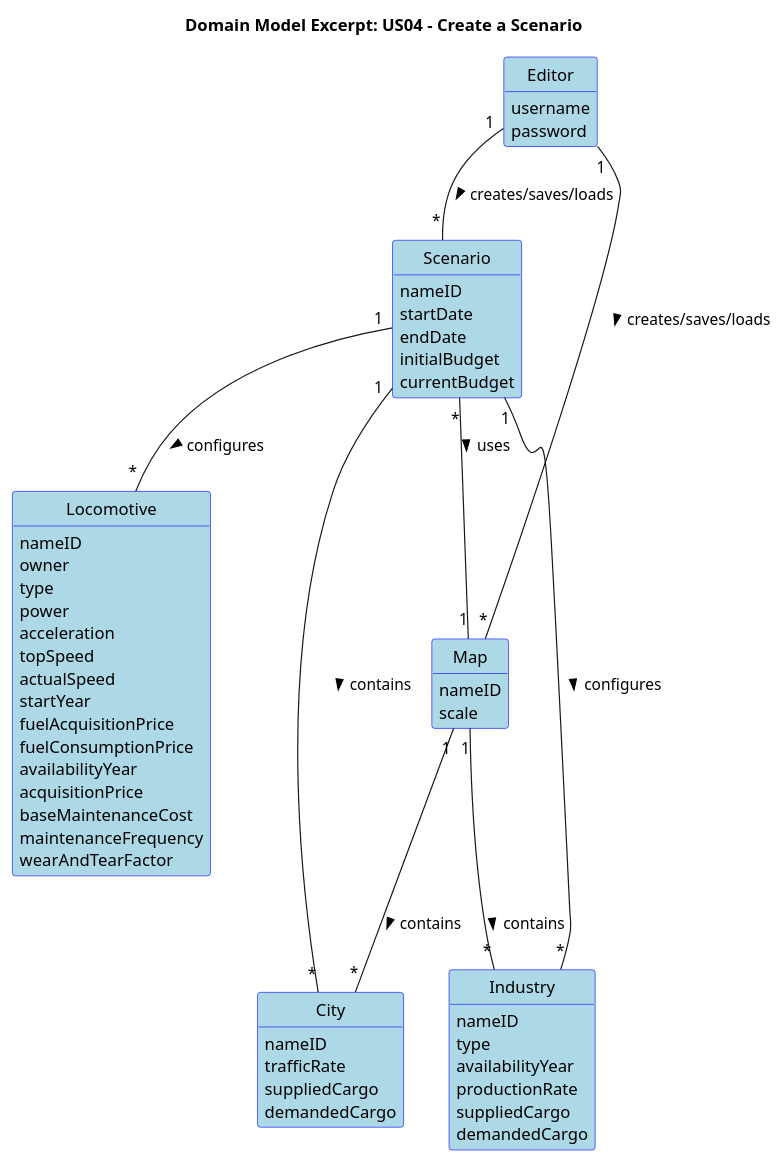
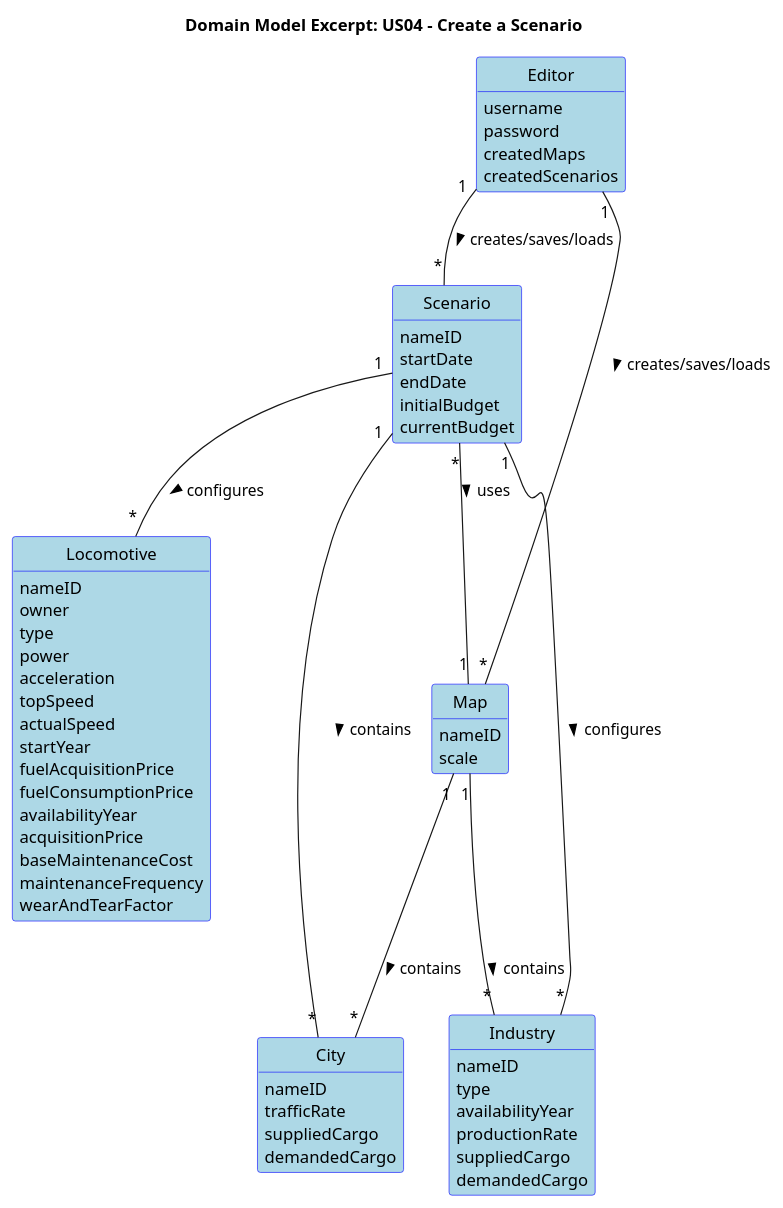
One commit to HenriqueSilva18/Railway-Network-Simulator changed the diagram in docs/system-documentation/Sprint 3/US04/02.analysis/puml/US04-DM.puml. Above: the diagram before and after it, drawn with PlantUML. The commit also changed 16 other files, not shown here.

```diff
--- a/docs/system-documentation/Sprint 3/US04/02.analysis/puml/US04-DM.puml
+++ b/docs/system-documentation/Sprint 3/US04/02.analysis/puml/US04-DM.puml
@@ -1,78 +1,80 @@
 @startuml
 skinparam shadowing false
 skinparam classAttributeIconSize 0
 skinparam class {
   BackgroundColor LightBlue
   BorderColor Blue
 }
 skinparam enum {
   BackgroundColor LightBlue
   BorderColor Blue
 }
 hide circle
 hide methods
 
 title Domain Model Excerpt: US04 - Create a Scenario
 
 class Editor {
   username
   password
+  createdMaps
+  createdScenarios
 }
 
 class Scenario {
   nameID
   startDate
   endDate
   initialBudget
   currentBudget
 }
 
 class Map {
   nameID
   scale
 }
 
 class Industry {
   nameID
   type
   availabilityYear
   productionRate
   suppliedCargo
   demandedCargo
 }
 
 class City {
   nameID
   trafficRate
   suppliedCargo
   demandedCargo
 }
 
 class Locomotive {
   nameID
   owner
   type
   power
   acceleration
   topSpeed
   actualSpeed
   startYear
   fuelAcquisitionPrice
   fuelConsumptionPrice
   availabilityYear
   acquisitionPrice
   baseMaintenanceCost
   maintenanceFrequency
   wearAndTearFactor
 }
 
 Editor "1" -- "*" Map : creates/saves/loads >
 Editor "1" -- "*" Scenario : creates/saves/loads >
 Scenario "*" -- "1" Map : uses >
 Map "1" -- "*" Industry : contains >
 Scenario "1" -- "*" Locomotive : configures >
 Scenario "1" -- "*" Industry : configures >
 Map "1" -- "*" City : contains >
 Scenario "1" -- "*" City : contains >
 
 @enduml
```
